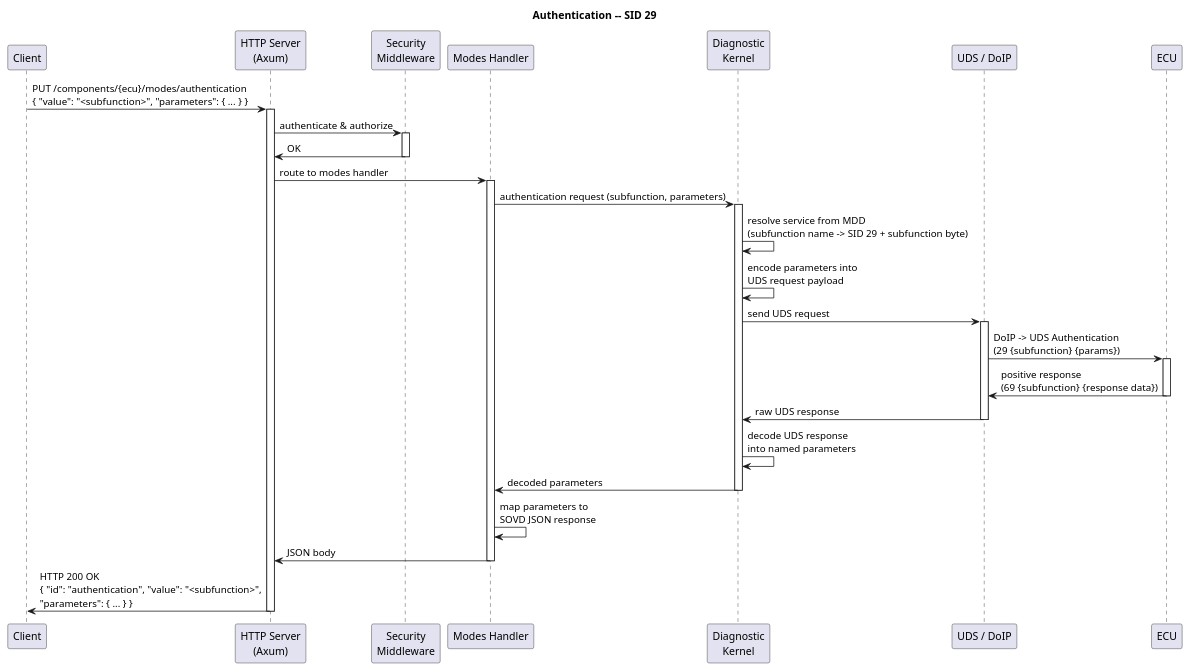
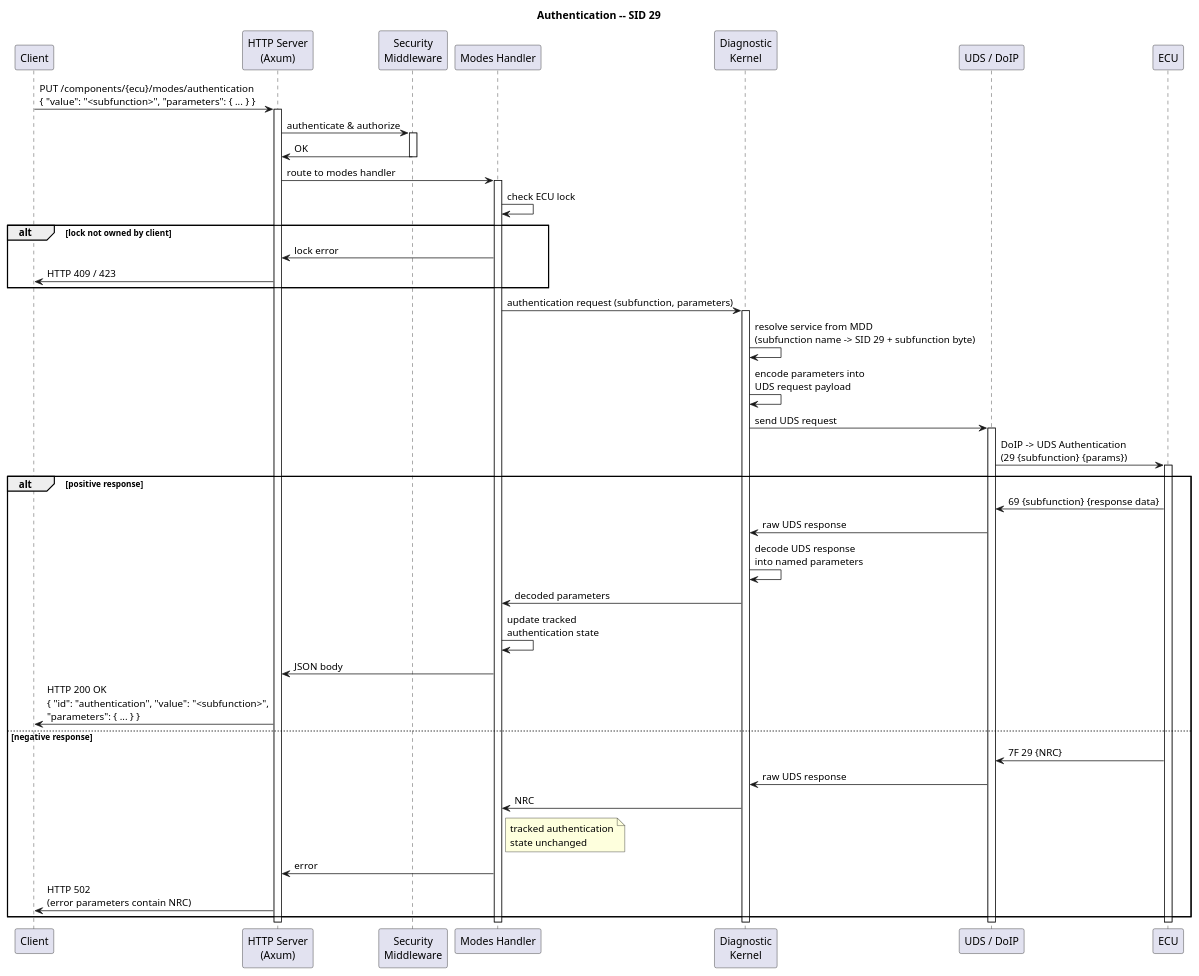
One commit to eclipse-opensovd/classic-diagnostic-adapter changed the diagram in docs/03_architecture/02_sovd-api/images/authentication.puml. Above: the diagram before and after it, drawn with PlantUML. The commit also changed 11 other files, not shown here.

First line of the commit message:
docs(sovd): specify /modes/authentication (UDS 0x29)

```diff
--- a/docs/03_architecture/02_sovd-api/images/authentication.puml
+++ b/docs/03_architecture/02_sovd-api/images/authentication.puml
@@ -12,49 +12,61 @@
 @startuml
 title Authentication -- SID 29
 
 participant Client
 participant "HTTP Server\n(Axum)" as HTTP
 participant "Security\nMiddleware" as SEC
 participant "Modes Handler" as HANDLER
 participant "Diagnostic\nKernel" as DIAG
 participant "UDS / DoIP" as COMM
 participant ECU
 
 Client -> HTTP : PUT /components/{ecu}/modes/authentication\n{ "value": "<subfunction>", "parameters": { ... } }
 activate HTTP
 
 HTTP -> SEC : authenticate & authorize
 activate SEC
 SEC -> HTTP : OK
 deactivate SEC
 
 HTTP -> HANDLER : route to modes handler
 activate HANDLER
 
+HANDLER -> HANDLER : check ECU lock
+alt lock not owned by client
+  HANDLER -> HTTP : lock error
+  HTTP -> Client : HTTP 409 / 423
+end
+
 HANDLER -> DIAG : authentication request (subfunction, parameters)
 activate DIAG
 
 DIAG -> DIAG : resolve service from MDD\n(subfunction name -> SID 29 + subfunction byte)
 DIAG -> DIAG : encode parameters into\nUDS request payload
 
 DIAG -> COMM : send UDS request
 activate COMM
 COMM -> ECU : DoIP -> UDS Authentication\n(29 {subfunction} {params})
 activate ECU
-ECU -> COMM : positive response\n(69 {subfunction} {response data})
+alt positive response
+  ECU -> COMM : 69 {subfunction} {response data}
+  COMM -> DIAG : raw UDS response
+  DIAG -> DIAG : decode UDS response\ninto named parameters
+  DIAG -> HANDLER : decoded parameters
+  HANDLER -> HANDLER : update tracked\nauthentication state
+  HANDLER -> HTTP : JSON body
+  HTTP -> Client : HTTP 200 OK\n{ "id": "authentication", "value": "<subfunction>",\n"parameters": { ... } }
+else negative response
+  ECU -> COMM : 7F 29 {NRC}
+  COMM -> DIAG : raw UDS response
+  DIAG -> HANDLER : NRC
+  note right of HANDLER : tracked authentication\nstate unchanged
+  HANDLER -> HTTP : error
+  HTTP -> Client : HTTP 502\n(error parameters contain NRC)
+end
 deactivate ECU
-COMM -> DIAG : raw UDS response
 deactivate COMM
-
-DIAG -> DIAG : decode UDS response\ninto named parameters
-DIAG -> HANDLER : decoded parameters
 deactivate DIAG
-
-HANDLER -> HANDLER : map parameters to\nSOVD JSON response
-HANDLER -> HTTP : JSON body
 deactivate HANDLER
-
-HTTP -> Client : HTTP 200 OK\n{ "id": "authentication", "value": "<subfunction>",\n"parameters": { ... } }
 deactivate HTTP
 
 @enduml
```
